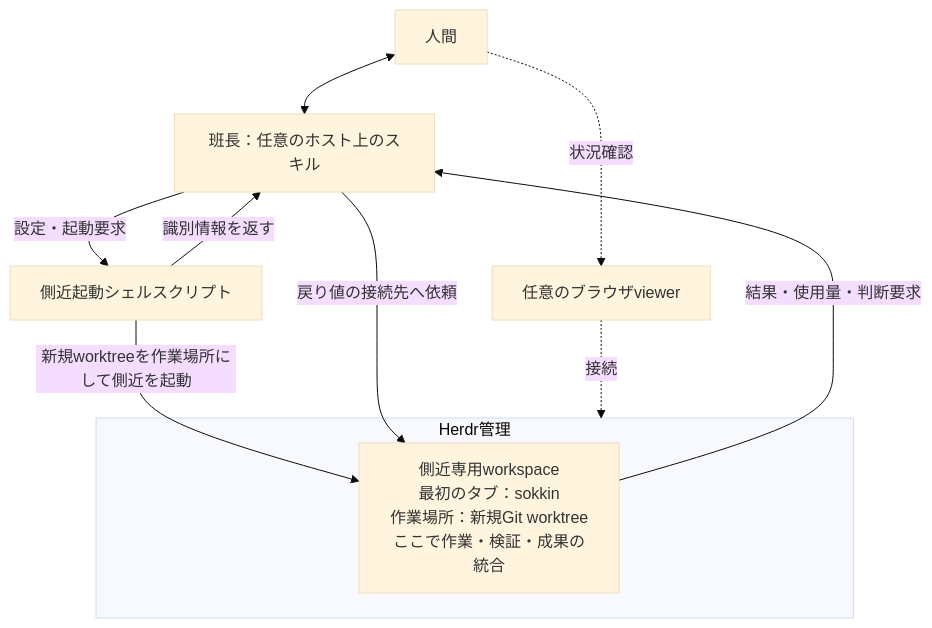
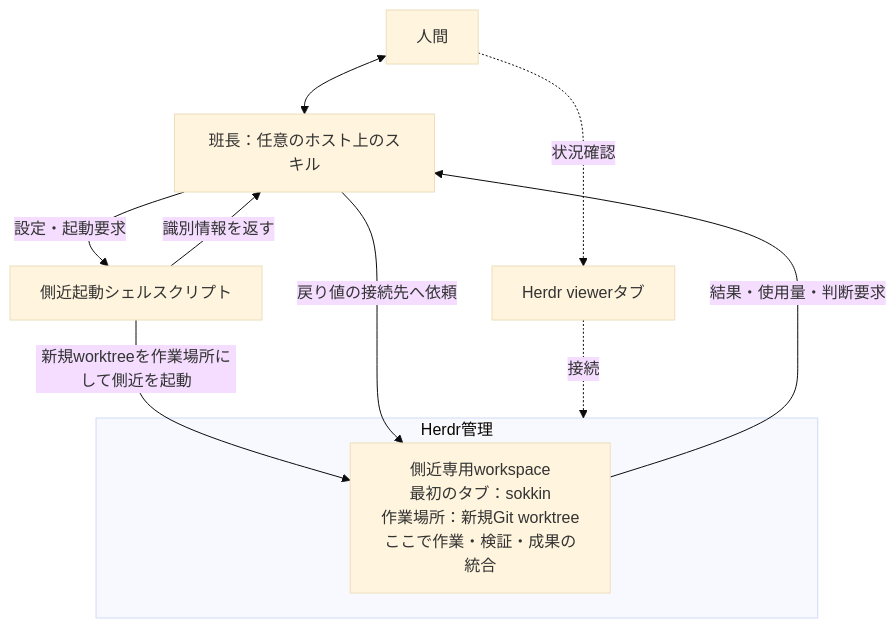
Before and after one commit to ykawase1011/hanchou: the diagram in docs/HANCHOU_V2_DESIGN.md, drawn with Mermaid (base theme). The commit also changed other lines of this file and 5 other files, not shown here.

````diff
--- a/docs/HANCHOU_V2_DESIGN.md
+++ b/docs/HANCHOU_V2_DESIGN.md
@@ -57,14 +58,14 @@
 ```mermaid
 flowchart TD
     Human[人間] <--> Leader[班長：任意のホスト上のスキル]
     Leader -->|設定・起動要求| Launch[側近起動シェルスクリプト]
     Launch -->|新規worktreeを作業場所にして側近を起動| Workspace
     Launch -->|識別情報を返す| Leader
     Leader -->|戻り値の接続先へ依頼| Workspace
     Workspace -->|結果・使用量・判断要求| Leader
     subgraph Herdr[Herdr管理]
         Workspace["側近専用workspace<br/>最初のタブ：sokkin<br/>作業場所：新規Git worktree<br/>ここで作業・検証・成果の統合"]
     end
-    Human -. 状況確認 .-> Viewer[任意のブラウザviewer]
+    Human -. 状況確認 .-> Viewer[Herdr viewerタブ]
     Viewer -. 接続 .-> Herdr
 ```
````
